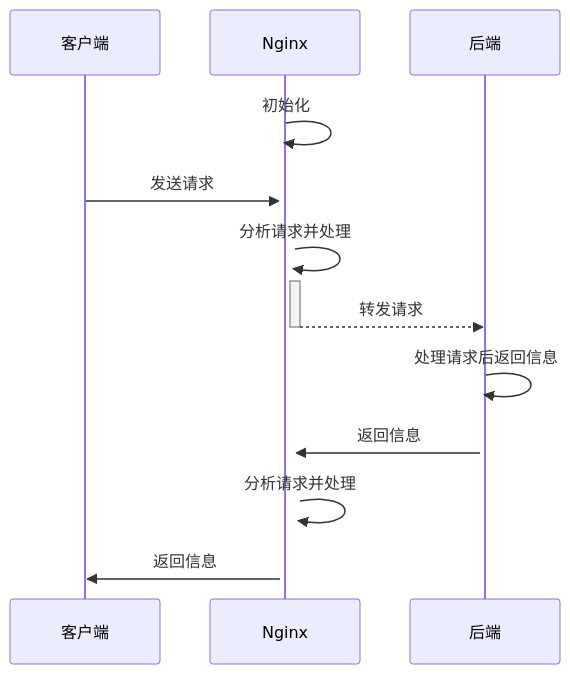
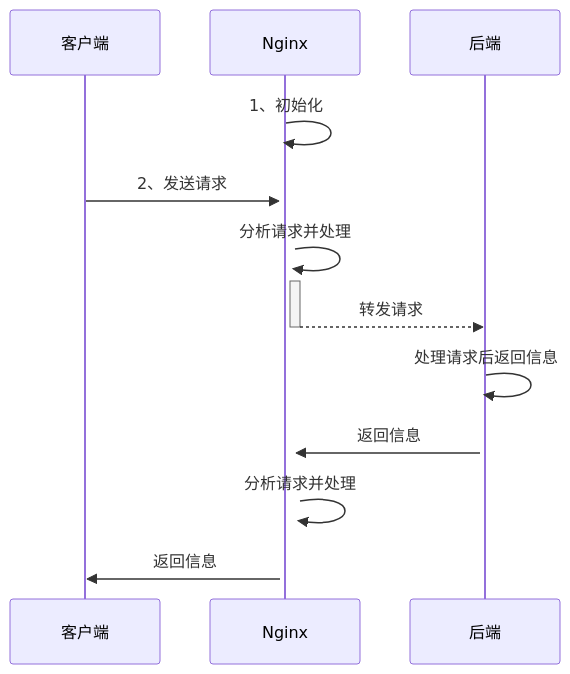
The diagram in all/未命名-7.md (HY-10-8/iodraw-files), drawn with Mermaid before and after one commit.

Commit message:
2026-11-18 11:20:47 update

````diff
--- a/all/未命名-7.md
+++ b/all/未命名-7.md
@@ -1,14 +1,14 @@
 ```mermaid
 sequenceDiagram
     participant 客户端
     participant Nginx
     participant 后端
-    Nginx->>+Nginx: 初始化
-    客户端->>+Nginx: 发送请求
+    Nginx->>+Nginx: 1、初始化
+    客户端->>+Nginx: 2、发送请求
     Nginx->>+Nginx: 分析请求并处理
     Nginx-->>-后端: 转发请求
     后端->>+后端: 处理请求后返回信息
     后端->>+Nginx: 返回信息
     Nginx->>+Nginx: 分析请求并处理
     Nginx->>客户端: 返回信息
 ```
````
